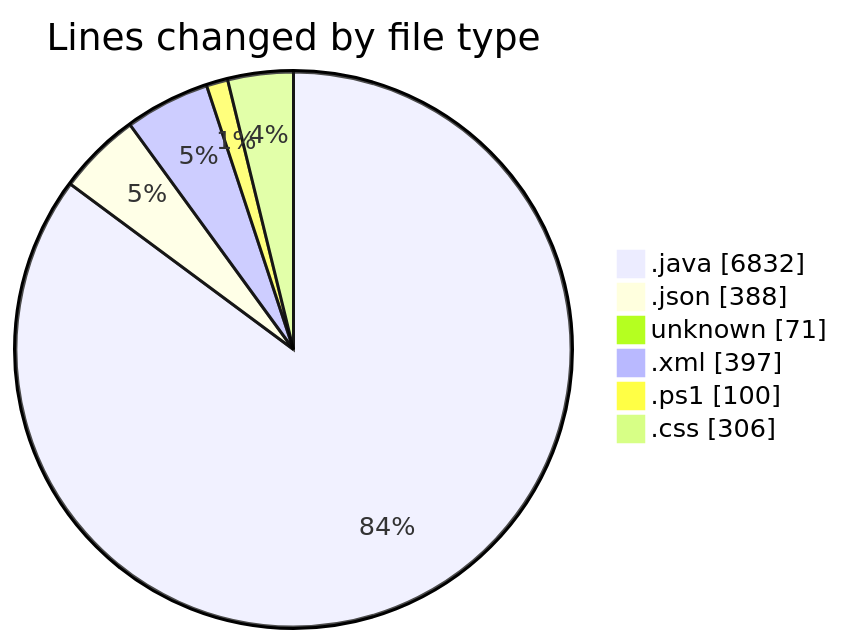
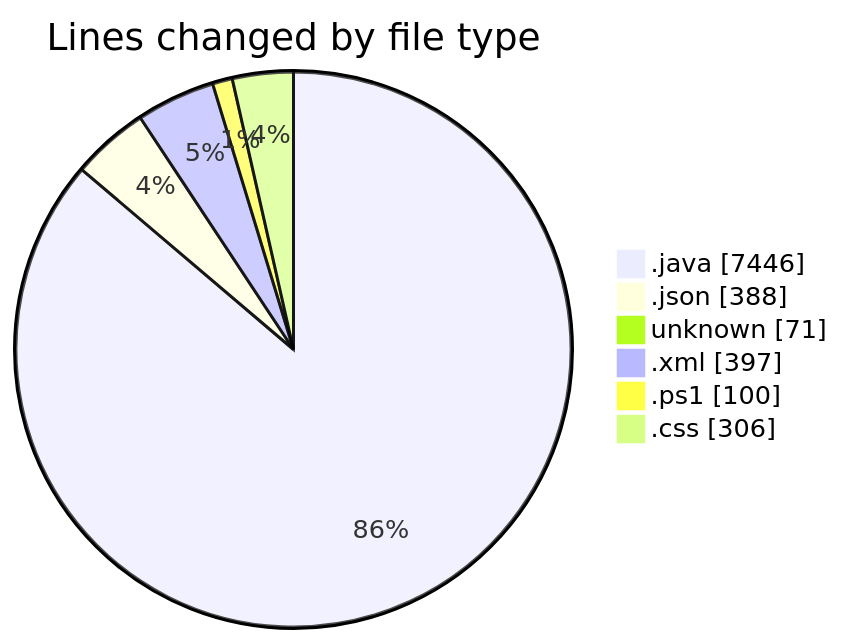
Before and after one commit to charlie-sans/code-tracking: the first of 2 diagrams in 2025-02-25/micros/README.md, drawn with Mermaid. The commit also changed other lines of this file and 1 other file, not shown here.

````diff
--- a/2025-02-25/micros/README.md
+++ b/2025-02-25/micros/README.md
@@ -55,10 +58,10 @@
 ```mermaid
 pie showData
 title Lines changed by file type
-".java" : 6832
+".java" : 7446
 ".json" : 388
 "unknown" : 71
 ".xml" : 397
 ".ps1" : 100
 ".css" : 306
 ```
````
